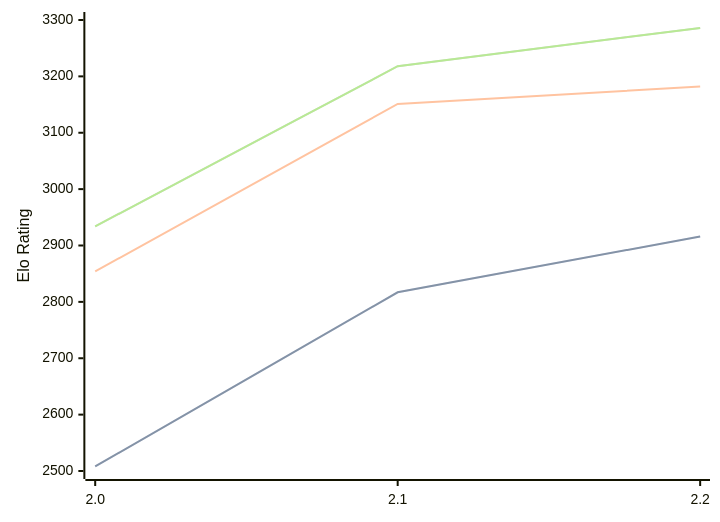
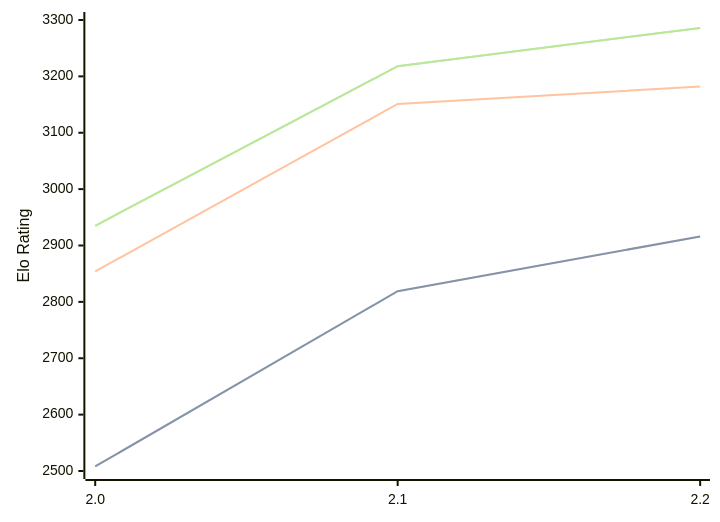
One commit to computer-chess-index/cci changed the diagram in engines/Tunguska.md. Above: the diagram before and after it, drawn with Mermaid. The commit also changed other lines of this file, not shown here.

Commit message:
Update CCI Ratings (ELO VLTC) - 2026-10-02

````diff
--- a/engines/Tunguska.md
+++ b/engines/Tunguska.md
@@ -33,11 +33,11 @@
 ```mermaid
 %%{init: {"theme":"base","themeVariables":{"seriesColors:['#a3a3a3','#222221','#faa371']}}}%%
 xychart-beta
   x-axis ["2.0", "2.1", "2.2"]
   y-axis "Elo Rating" 2500 --> 3300
-  line "" [2508, 2817, 2916]
-  line "STC (8.0+0.08s)" [2508, 2817, 2916]
+  line "" [2508, 2819, 2916]
+  line "STC (8.0+0.08s)" [2508, 2819, 2916]
   line "LTC (60.0+0.60s)" [2854, 3151, 3182]
-  line "" [2934, 3218, 3286]
-  line "VLTC (2m24s+1.12s)" [2934, 3218, 3286]
+  line "" [2935, 3218, 3286]
+  line "VLTC (2m24s+1.12s)" [2935, 3218, 3286]
 ```
````
